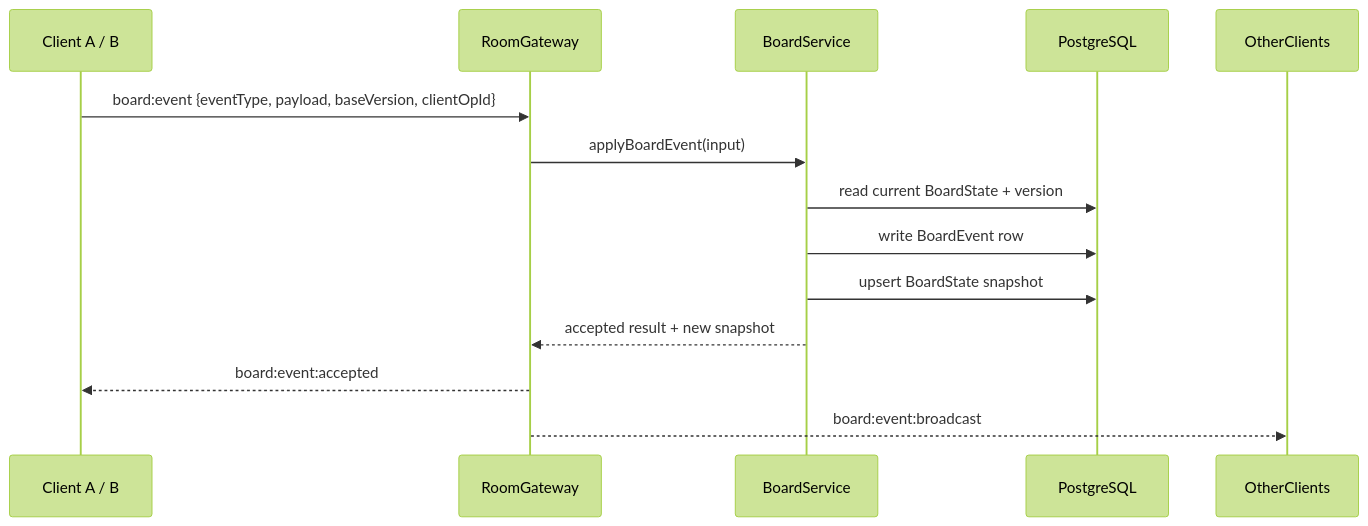
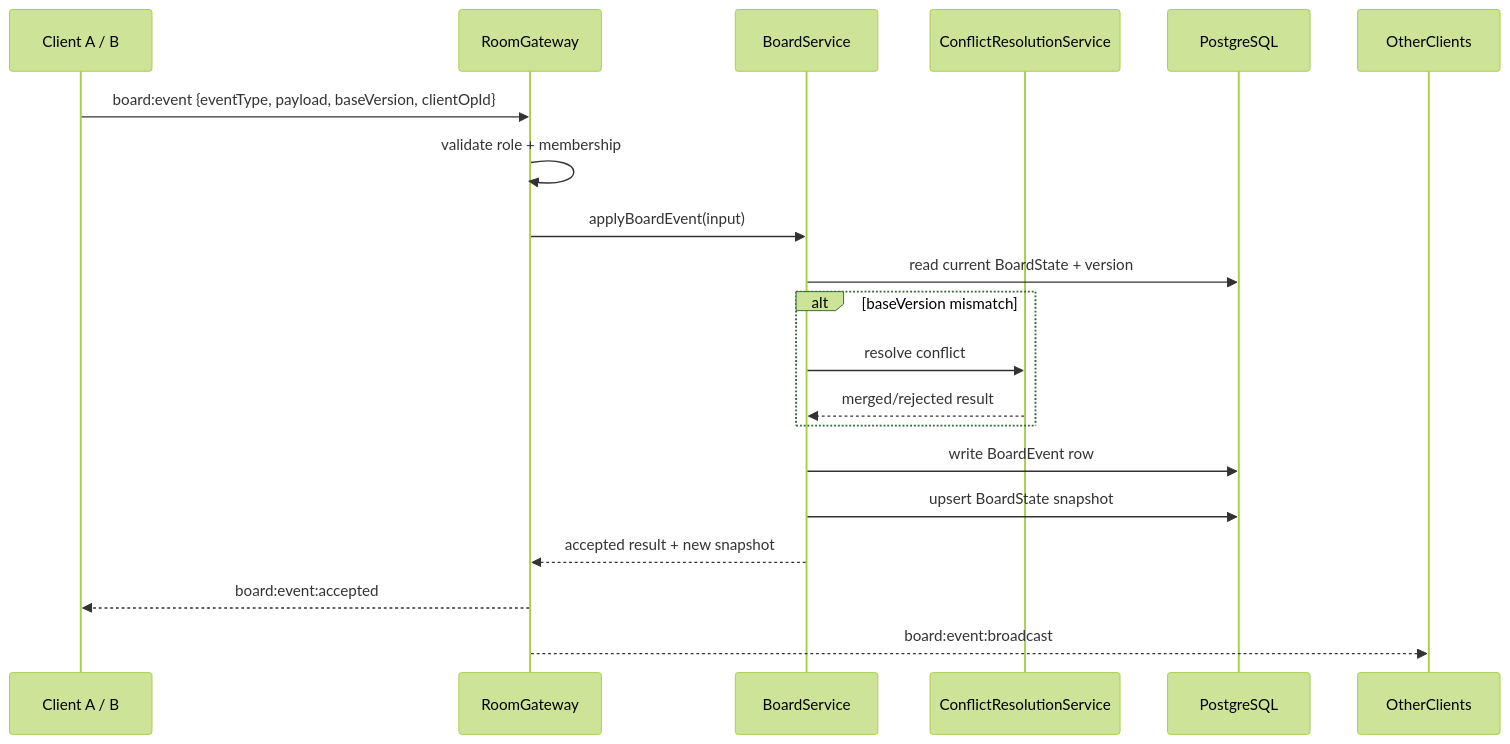
The fourth of 12 diagrams in REPO_REPORT.md (phapsucongu/white-board), drawn with Mermaid (forest theme) before and after one commit. The commit also changed other lines of this file and 6 other files, not shown here.

````diff
--- a/REPO_REPORT.md
+++ b/REPO_REPORT.md
@@ -213,16 +265,22 @@
 ```mermaid
 sequenceDiagram
   participant Client as Client A / B
   participant Gateway as RoomGateway
   participant Board as BoardService
+  participant Conflict as ConflictResolutionService
   participant DB as PostgreSQL
 
   Client->>Gateway: board:event {eventType, payload, baseVersion, clientOpId}
+  Gateway->>Gateway: validate role + membership
   Gateway->>Board: applyBoardEvent(input)
   Board->>DB: read current BoardState + version
+  alt baseVersion mismatch
+    Board->>Conflict: resolve conflict
+    Conflict-->>Board: merged/rejected result
+  end
   Board->>DB: write BoardEvent row
   Board->>DB: upsert BoardState snapshot
   Board-->>Gateway: accepted result + new snapshot
   Gateway-->>Client: board:event:accepted
   Gateway-->>OtherClients: board:event:broadcast
 ```
````
